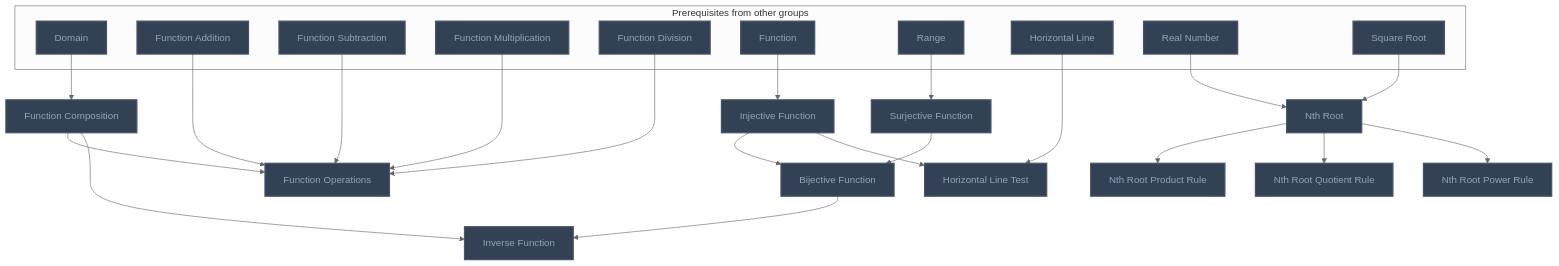
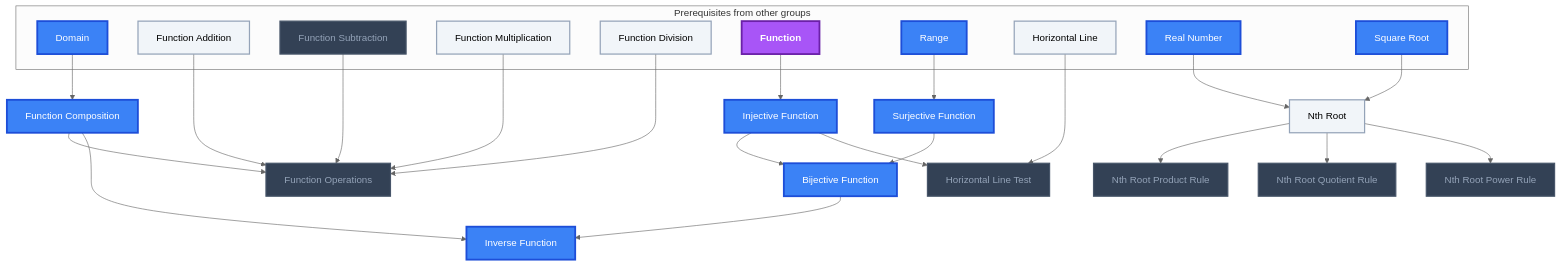
One commit to MRauf1/My-Notes changed the fifth of 11 diagrams in Gamification/Skill Trees/Pre-Calculus.md. Above: the diagram before and after it, drawn with Mermaid (neutral theme). The commit also changed other lines of this file and 156 other files, not shown here.

````diff
--- a/Gamification/Skill Trees/Pre-Calculus.md
+++ b/Gamification/Skill Trees/Pre-Calculus.md
@@ -372,56 +383,59 @@
 ```mermaid
 flowchart TD
     classDef planned fill:#1E293B,stroke:#64748B,stroke-width:2px,stroke-dasharray:5 5,color:#94A3B8;
     classDef locked fill:#334155,stroke:#475569,stroke-width:2px,color:#94A3B8;
     classDef L0 fill:#F1F5F9,stroke:#94A3B8,stroke-width:2px,color:#000000;
     classDef L1 fill:#22C55E,stroke:#15803D,stroke-width:2px,color:#000000;
     classDef L2 fill:#3B82F6,stroke:#1D4ED8,stroke-width:3px,color:#FFFFFF;
     classDef L3 fill:#A855F7,stroke:#6B21A8,stroke-width:3px,color:#FFFFFF,font-weight:bold;
     classDef L4 fill:#F97316,stroke:#C2410C,stroke-width:4px,color:#000000,font-weight:bold;
     classDef L5 fill:#FFD700,stroke:#FF8C00,stroke-width:5px,color:#000000,font-weight:bold;
     classDef rusty stroke:#8B4513,stroke-width:4px,stroke-dasharray:3 3;
     subgraph sg_prereqs["Prerequisites from other groups"]
         n_domain["Domain"]
         n_function_addition["Function Addition"]
         n_function_subtraction["Function Subtraction"]
         n_function_multiplication["Function Multiplication"]
         n_function_division["Function Division"]
         n_function["Function"]
         n_range["Range"]
         n_horizontal_line["Horizontal Line"]
         n_real_number["Real Number"]
         n_square_root["Square Root"]
     end
     n_function_composition["Function Composition"]
     n_function_operations["Function Operations"]
     n_injective_function["Injective Function"]
     n_surjective_function["Surjective Function"]
     n_bijective_function["Bijective Function"]
     n_inverse_function["Inverse Function"]
     n_horizontal_line_test["Horizontal Line Test"]
     n_nth_root["Nth Root"]
     n_nth_root_product_rule["Nth Root Product Rule"]
     n_nth_root_quotient_rule["Nth Root Quotient Rule"]
     n_nth_root_power_rule["Nth Root Power Rule"]
     n_domain --> n_function_composition
     n_function_addition --> n_function_operations
     n_function_subtraction --> n_function_operations
     n_function_multiplication --> n_function_operations
     n_function_division --> n_function_operations
     n_function_composition --> n_function_operations
     n_function --> n_injective_function
     n_range --> n_surjective_function
     n_injective_function --> n_bijective_function
     n_surjective_function --> n_bijective_function
     n_function_composition --> n_inverse_function
     n_bijective_function --> n_inverse_function
     n_horizontal_line --> n_horizontal_line_test
     n_injective_function --> n_horizontal_line_test
     n_real_number --> n_nth_root
     n_square_root --> n_nth_root
     n_nth_root --> n_nth_root_product_rule
     n_nth_root --> n_nth_root_quotient_rule
     n_nth_root --> n_nth_root_power_rule
-    class n_domain,n_function_addition,n_function_subtraction,n_function_multiplication,n_function_division,n_function,n_range,n_horizontal_line,n_real_number,n_square_root,n_function_composition,n_function_operations,n_injective_function,n_surjective_function,n_bijective_function,n_inverse_function,n_horizontal_line_test,n_nth_root,n_nth_root_product_rule,n_nth_root_quotient_rule,n_nth_root_power_rule locked;
+    class n_function_subtraction,n_function_operations,n_horizontal_line_test,n_nth_root_product_rule,n_nth_root_quotient_rule,n_nth_root_power_rule locked;
+    class n_function_addition,n_function_multiplication,n_function_division,n_horizontal_line,n_nth_root L0;
+    class n_domain,n_range,n_real_number,n_square_root,n_function_composition,n_injective_function,n_surjective_function,n_bijective_function,n_inverse_function L2;
+    class n_function L3;
     class n_domain,n_function_addition,n_function_subtraction,n_function_multiplication,n_function_division,n_function,n_range,n_horizontal_line,n_real_number,n_square_root,n_function_composition,n_function_operations,n_injective_function,n_surjective_function,n_bijective_function,n_inverse_function,n_horizontal_line_test,n_nth_root,n_nth_root_product_rule,n_nth_root_quotient_rule,n_nth_root_power_rule internal-link;
 ```
````
